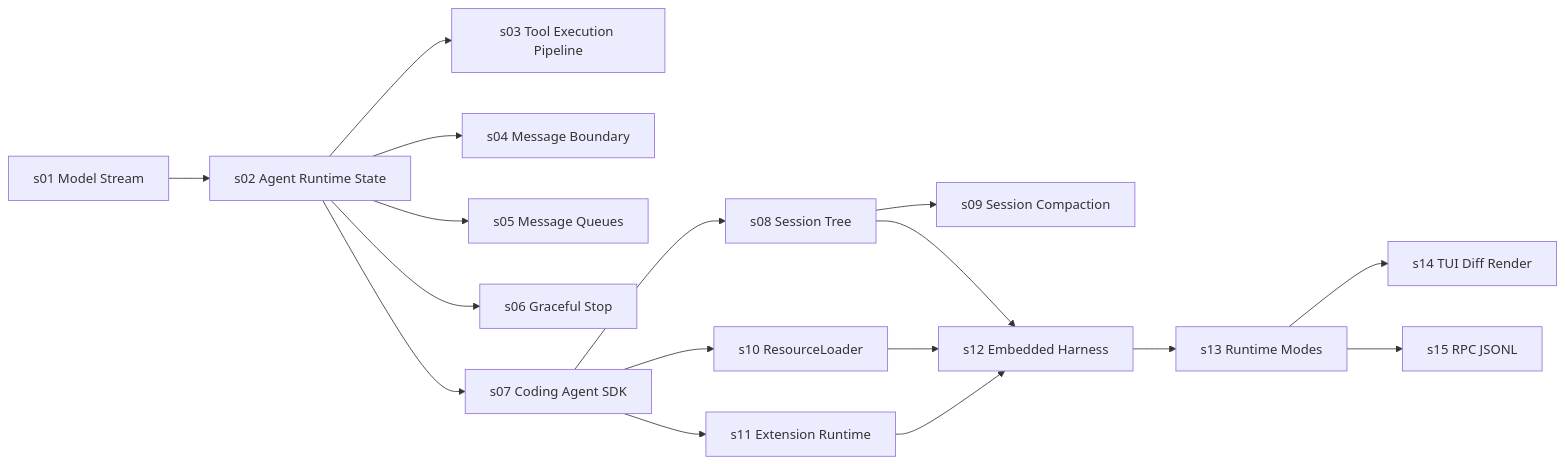
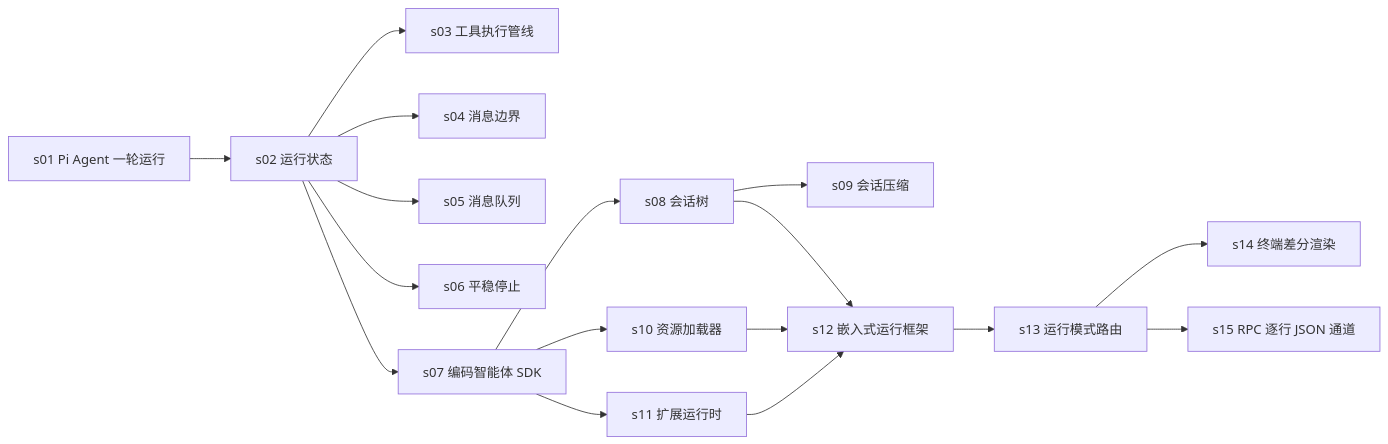
The diagram in COURSE_PLAN.md (linzi007/learn-pi), drawn with Mermaid before and after one commit. The commit also changed other lines of this file and 32 other files, not shown here.

````diff
--- a/COURSE_PLAN.md
+++ b/COURSE_PLAN.md
@@ -22,19 +22,19 @@
 ```mermaid
 flowchart LR
-    S01[s01 Model Stream] --> S02[s02 Agent Runtime State]
-    S02 --> S03[s03 Tool Execution Pipeline]
-    S02 --> S04[s04 Message Boundary]
-    S02 --> S05[s05 Message Queues]
-    S02 --> S06[s06 Graceful Stop]
-    S02 --> S07[s07 Coding Agent SDK]
-    S07 --> S08[s08 Session Tree]
-    S08 --> S09[s09 Session Compaction]
-    S07 --> S10[s10 ResourceLoader]
-    S07 --> S11[s11 Extension Runtime]
-    S08 --> S12[s12 Embedded Harness]
+    S01[s01 Pi Agent 一轮运行] --> S02[s02 运行状态]
+    S02 --> S03[s03 工具执行管线]
+    S02 --> S04[s04 消息边界]
+    S02 --> S05[s05 消息队列]
+    S02 --> S06[s06 平稳停止]
+    S02 --> S07[s07 编码智能体 SDK]
+    S07 --> S08[s08 会话树]
+    S08 --> S09[s09 会话压缩]
+    S07 --> S10[s10 资源加载器]
+    S07 --> S11[s11 扩展运行时]
+    S08 --> S12[s12 嵌入式运行框架]
     S10 --> S12
     S11 --> S12
-    S12 --> S13[s13 Runtime Modes]
-    S13 --> S14[s14 TUI Diff Render]
-    S13 --> S15[s15 RPC JSONL]
+    S12 --> S13[s13 运行模式路由]
+    S13 --> S14[s14 终端差分渲染]
+    S13 --> S15[s15 RPC 逐行 JSON 通道]
 ```
````
